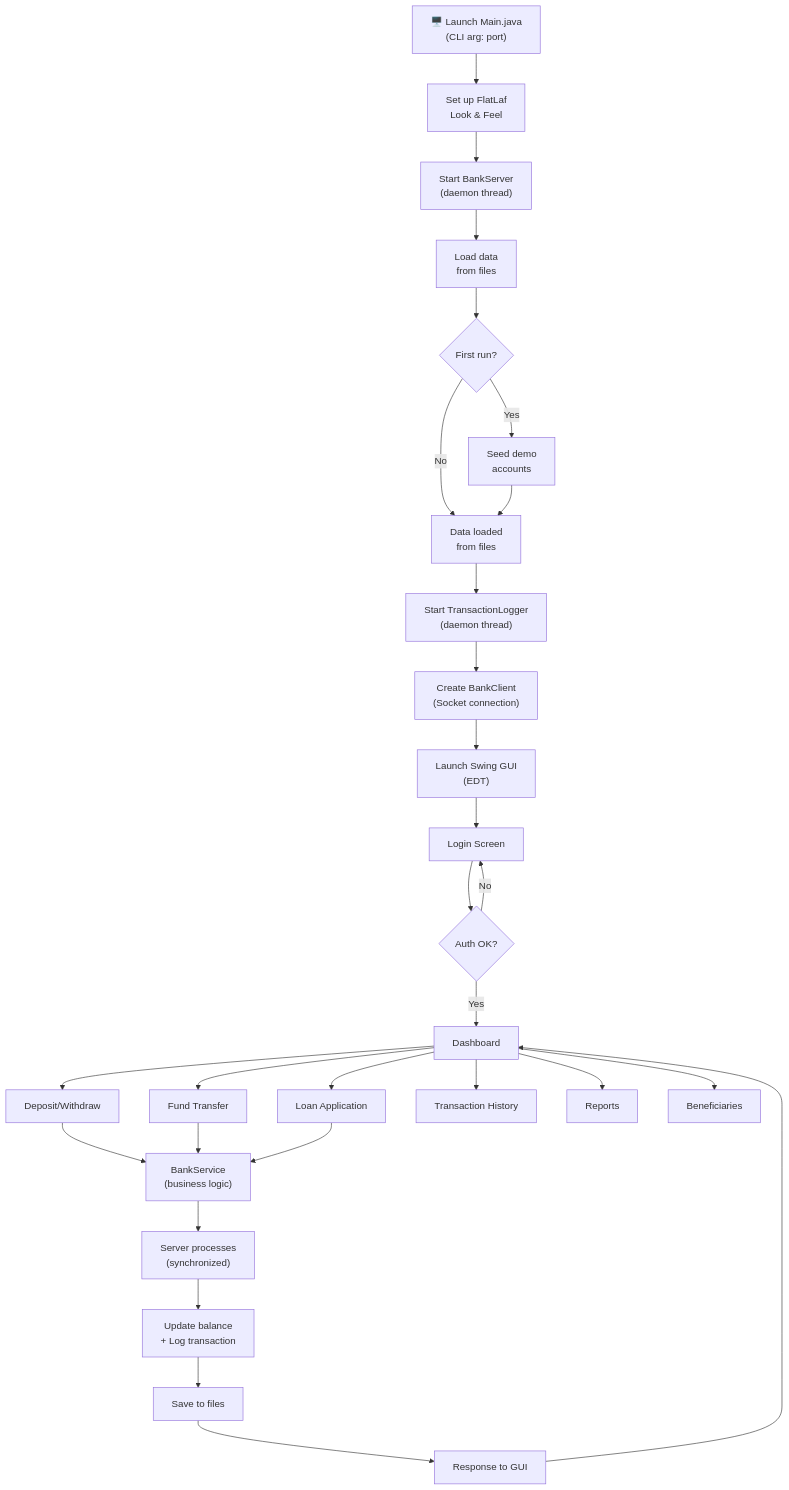
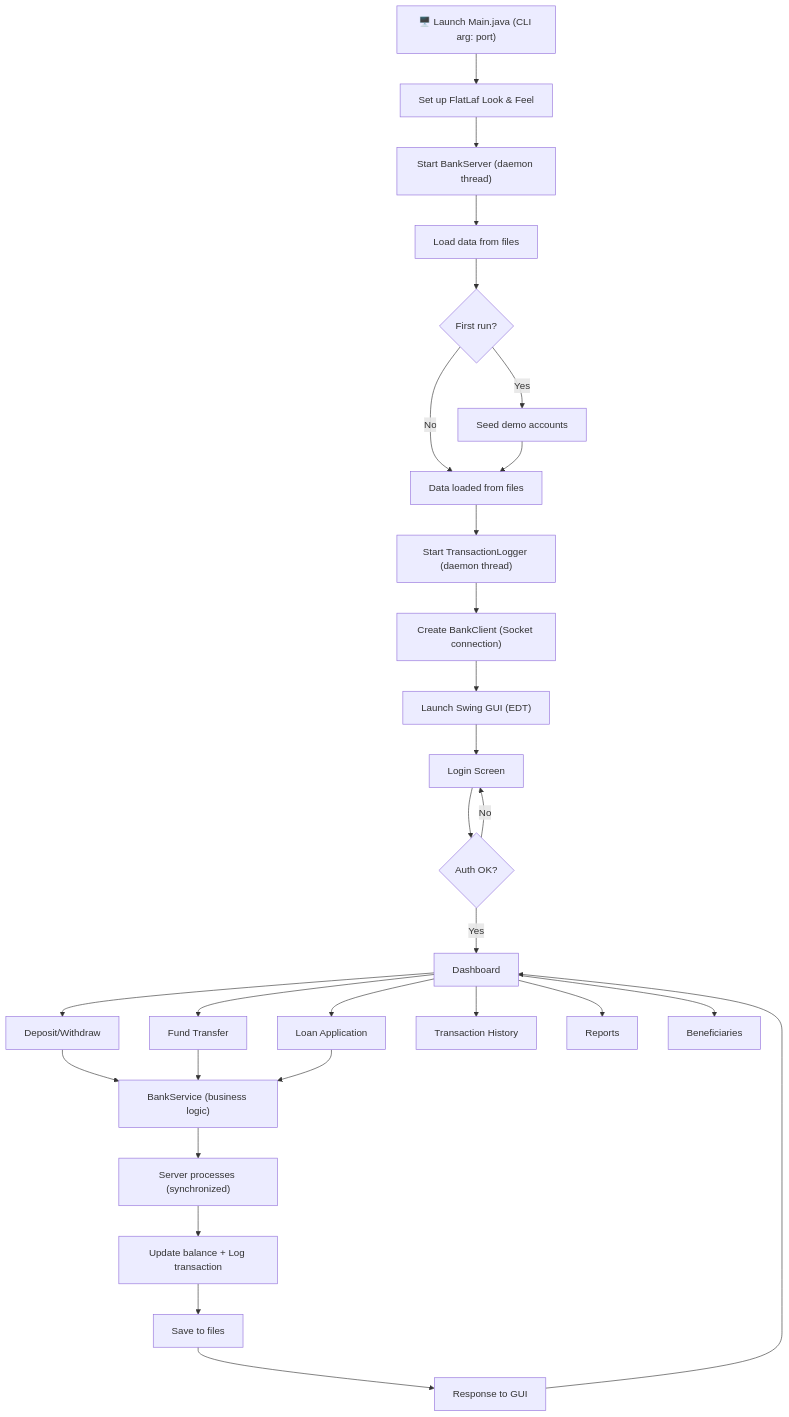
Before and after one commit to Divyansh-Kashiv07/SecureBank: the first of 3 diagrams in README.md, drawn with Mermaid. The commit also changed other lines of this file, not shown here.

Commit message:
fix: remove unsupported html tags from mermaid diagrams

````diff
--- a/README.md
+++ b/README.md
@@ -82,29 +82,29 @@
 ```mermaid
 flowchart TD
-    A["🖥️ Launch Main.java<br/>(CLI arg: port)"] --> B["Set up FlatLaf<br/>Look & Feel"]
-    B --> C["Start BankServer<br/>(daemon thread)"]
-    C --> D["Load data<br/>from files"]
+    A["🖥️ Launch Main.java (CLI arg: port)"] --> B["Set up FlatLaf Look & Feel"]
+    B --> C["Start BankServer (daemon thread)"]
+    C --> D["Load data from files"]
     D --> E{"First run?"}
-    E -->|Yes| F["Seed demo<br/>accounts"]
-    E -->|No| G["Data loaded<br/>from files"]
+    E -->|Yes| F["Seed demo accounts"]
+    E -->|No| G["Data loaded from files"]
     F --> G
-    G --> H["Start TransactionLogger<br/>(daemon thread)"]
-    H --> I["Create BankClient<br/>(Socket connection)"]
-    I --> J["Launch Swing GUI<br/>(EDT)"]
+    G --> H["Start TransactionLogger (daemon thread)"]
+    H --> I["Create BankClient (Socket connection)"]
+    I --> J["Launch Swing GUI (EDT)"]
     J --> K["Login Screen"]
     K --> L{"Auth OK?"}
     L -->|Yes| M["Dashboard"]
     L -->|No| K
     M --> N["Deposit/Withdraw"]
     M --> O["Fund Transfer"]
     M --> P["Loan Application"]
     M --> Q["Transaction History"]
     M --> R["Reports"]
     M --> S["Beneficiaries"]
-    N & O & P --> T["BankService<br/>(business logic)"]
-    T --> U["Server processes<br/>(synchronized)"]
-    U --> V["Update balance<br/>+ Log transaction"]
+    N & O & P --> T["BankService (business logic)"]
+    T --> U["Server processes (synchronized)"]
+    U --> V["Update balance + Log transaction"]
     V --> W["Save to files"]
     W --> X["Response to GUI"]
     X --> M
 ```
````
